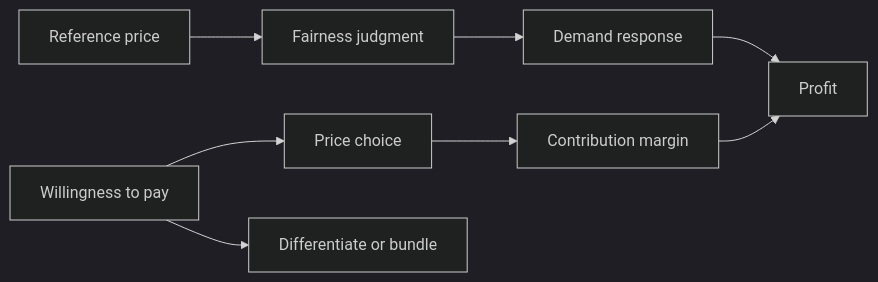
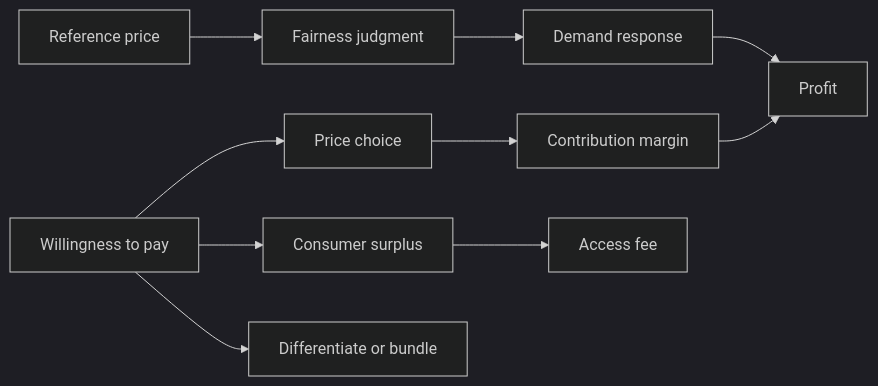
The diagram in marketing/wiki/chapter-04-price/CONTEXT.md (aerkn1/TUM-semester-2), drawn with Mermaid (dark theme) before and after one commit. The commit also changed other lines of this file and 173 other files, not shown here.

````diff
--- a/marketing/wiki/chapter-04-price/CONTEXT.md
+++ b/marketing/wiki/chapter-04-price/CONTEXT.md
@@ -64,10 +78,12 @@
 ```mermaid
 flowchart LR
     WTP[Willingness to pay] --> Price[Price choice]
+    WTP --> Surplus[Consumer surplus]
+    Surplus --> Access[Access fee]
     Reference[Reference price] --> Fairness[Fairness judgment]
     Fairness --> Demand[Demand response]
     WTP --> Differentiate[Differentiate or bundle]
     Price --> Margin[Contribution margin]
     Demand --> Profit[Profit]
     Margin --> Profit
 ```
````
